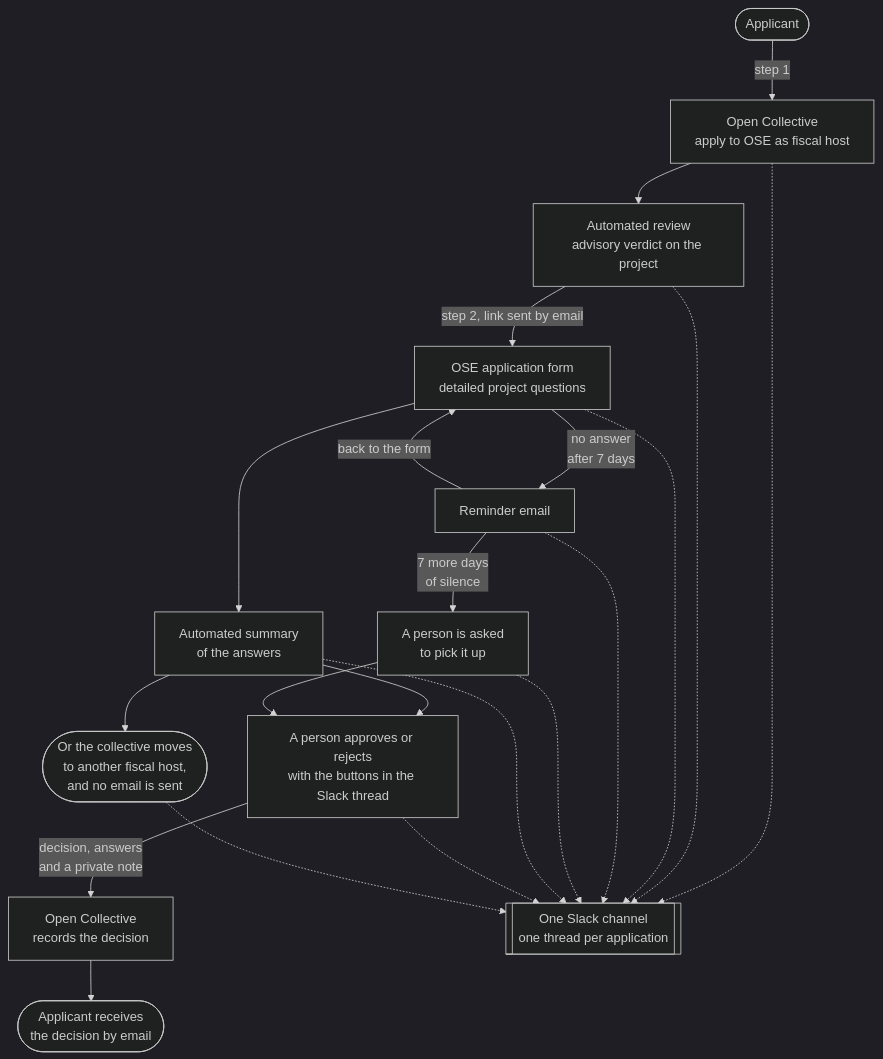
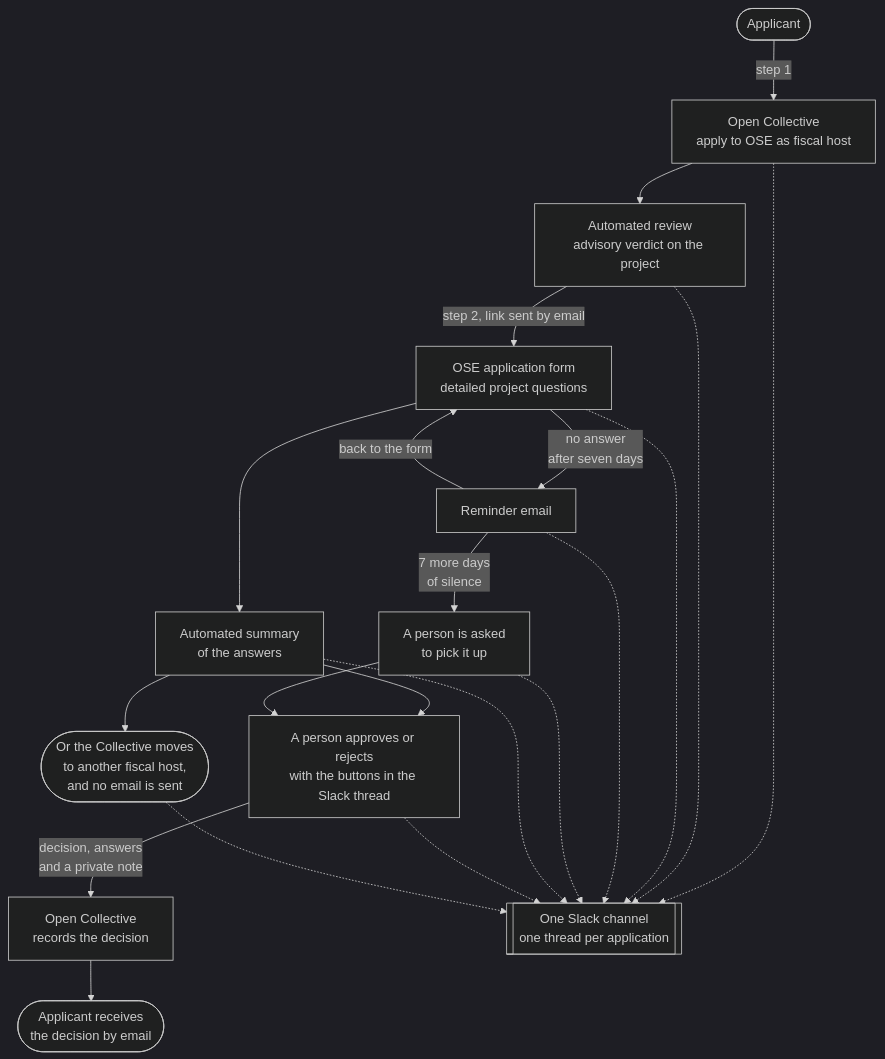
The diagram in README.md (opensourceeurope/community), drawn with Mermaid (dark theme) before and after one commit. The commit also changed other lines of this file and 11 other files, not shown here.

````diff
--- a/README.md
+++ b/README.md
@@ -16,27 +16,27 @@
 ```mermaid
 flowchart TD
     A(["Applicant"]) -->|"step 1"| OC["Open Collective<br>apply to OSE as fiscal host"]
     OC --> AI["Automated review<br>advisory verdict on the project"]
     AI -->|"step 2, link sent by email"| FORM["OSE application form<br>detailed project questions"]
     FORM --> SUM["Automated summary<br>of the answers"]
     SUM --> DEC["A person approves or rejects<br>with the buttons in the Slack thread"]
     DEC -->|"decision, answers<br>and a private note"| OCD["Open Collective<br>records the decision"]
     OCD --> MAIL(["Applicant receives<br>the decision by email"])
-    SUM --> MOVE(["Or the collective moves<br>to another fiscal host,<br>and no email is sent"])
+    SUM --> MOVE(["Or the Collective moves<br>to another fiscal host,<br>and no email is sent"])
 
-    FORM -->|"no answer<br>after 7 days"| REM["Reminder email"]
+    FORM -->|"no answer<br>after seven days"| REM["Reminder email"]
     REM -->|"back to the form"| FORM
     REM -->|"7 more days<br>of silence"| ESC["A person is asked<br>to pick it up"]
     ESC --> DEC
 
     OC -.-> SL
     AI -.-> SL
     FORM -.-> SL
     REM -.-> SL
     ESC -.-> SL
     SUM -.-> SL
     DEC -.-> SL
     MOVE -.-> SL
 
     SL[["One Slack channel<br>one thread per application"]]
 ```
````
